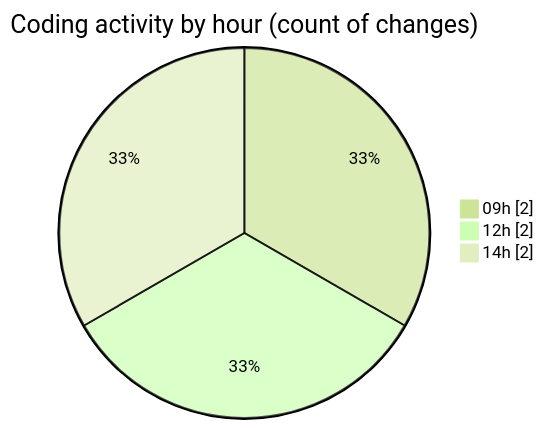
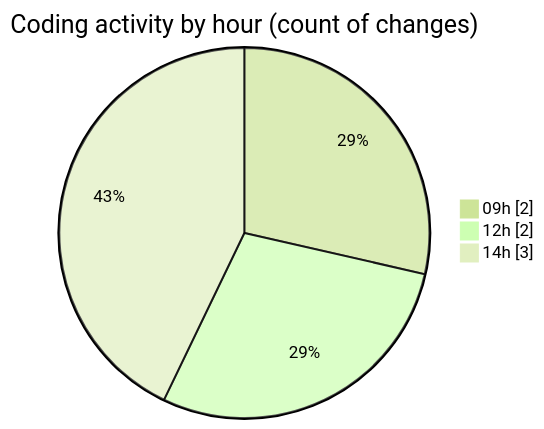
One commit to ricardozamudiocil/code-tracking changed the second of 2 diagrams in 2026-03-12/cilapp/README.md. Above: the diagram before and after it, drawn with Mermaid (forest theme). The commit also changed other lines of this file and 1 other file, not shown here.

````diff
--- a/2026-03-12/cilapp/README.md
+++ b/2026-03-12/cilapp/README.md
@@ -31,7 +32,7 @@
 ```mermaid
 pie showData
 title Coding activity by hour (count of changes)
 "09h" : 2
 "12h" : 2
-"14h" : 2
+"14h" : 3
 ```
````
